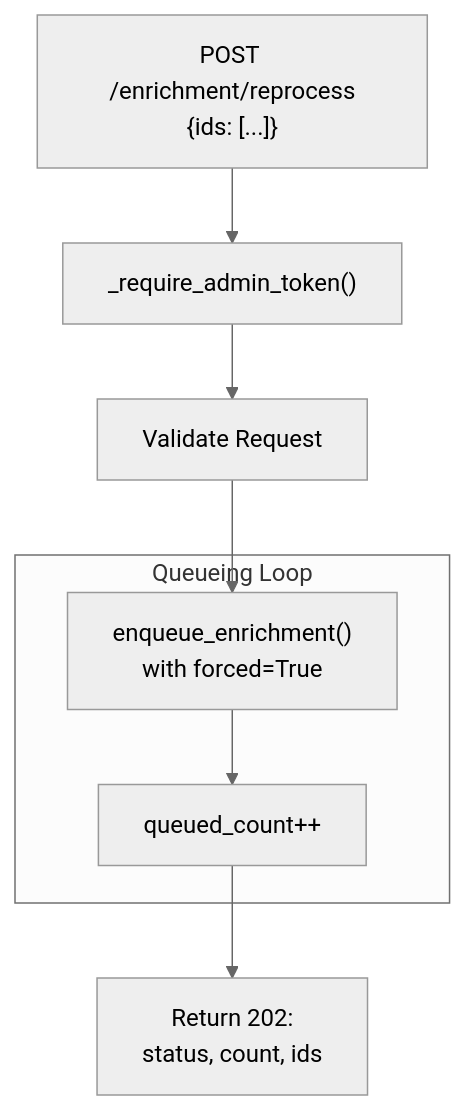
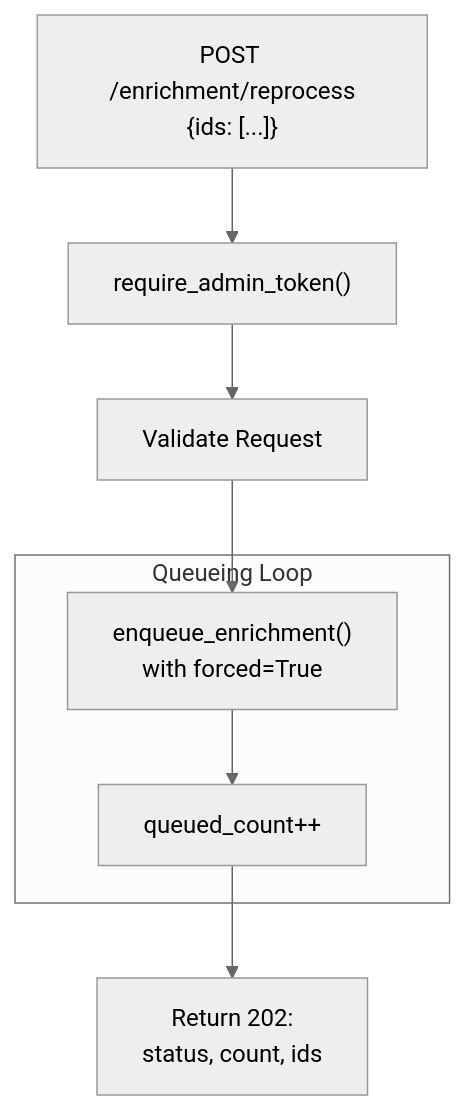
Before and after one commit to verygoodplugins/automem-website: the second of 3 diagrams in src/content/docs/docs/reference/api/admin.md, drawn with Mermaid (neutral theme). The commit also changed other lines of this file, not shown here.

First line of the commit message:
docs: fix drift in Admin Operations

````diff
--- a/src/content/docs/docs/reference/api/admin.md
+++ b/src/content/docs/docs/reference/api/admin.md
@@ -171,19 +171,19 @@
 ```mermaid
 graph TB
     Request["POST /enrichment/reprocess<br/>{ids: [...]}"]
-    Auth["_require_admin_token()"]
+    Auth["require_admin_token()"]
     Validate["Validate Request"]
 
     subgraph "Queueing Loop"
         Enqueue["enqueue_enrichment()<br/>with forced=True"]
         IncrQueued["queued_count++"]
     end
 
     Response["Return 202:<br/>status, count, ids"]
 
     Request-->Auth
     Auth-->Validate
     Validate-->Enqueue
     Enqueue-->IncrQueued
     IncrQueued-->Response
 ```
````
